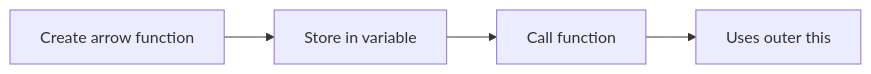
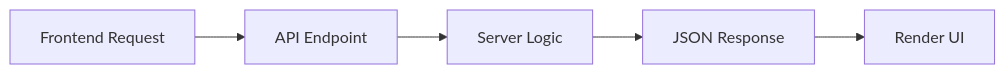
Before and after one commit to AbhishekDhone7/javascript-git-basics: diagram 13 of 16 in JavaScript-Beginners-Guide.md, drawn with Mermaid. The commit also changed other lines of this file and 1 other file, not shown here.

````diff
--- a/JavaScript-Beginners-Guide.md
+++ b/JavaScript-Beginners-Guide.md
@@ -910,6 +962,7 @@
 ```mermaid
 flowchart LR
-A[Create arrow function] --> B[Store in variable]
-B --> C[Call function]
-C --> D[Uses outer this]
+A[Frontend Request] --> B[API Endpoint]
+B --> C[Server Logic]
+C --> D[JSON Response]
+D --> E[Render UI]
 ```
````
